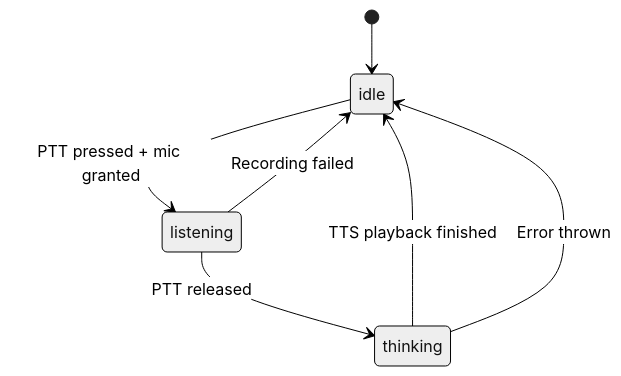
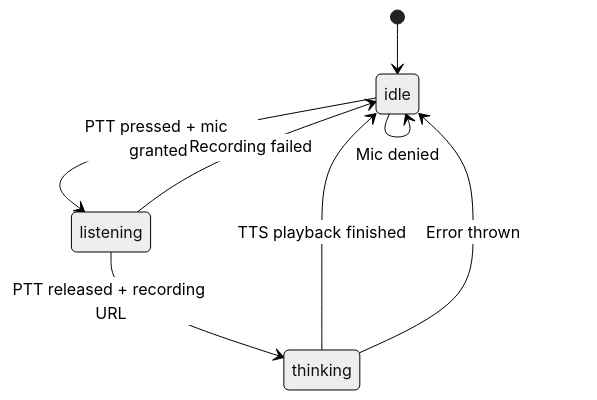
Before and after one commit to luisaugusto/VoiceGPT: the fourth of 4 diagrams in README.md, drawn with Mermaid (neutral theme). The commit also changed other lines of this file, not shown here.

````diff
--- a/README.md
+++ b/README.md
@@ -136,9 +142,10 @@
 ```mermaid
 stateDiagram-v2
     [*] --> idle
     idle --> listening : PTT pressed + mic granted
-    listening --> thinking : PTT released
+    idle --> idle : Mic denied
+    listening --> thinking : PTT released + recording URL
+    listening --> idle : Recording failed
     thinking --> idle : TTS playback finished
     thinking --> idle : Error thrown
-    listening --> idle : Recording failed
 ```
````
